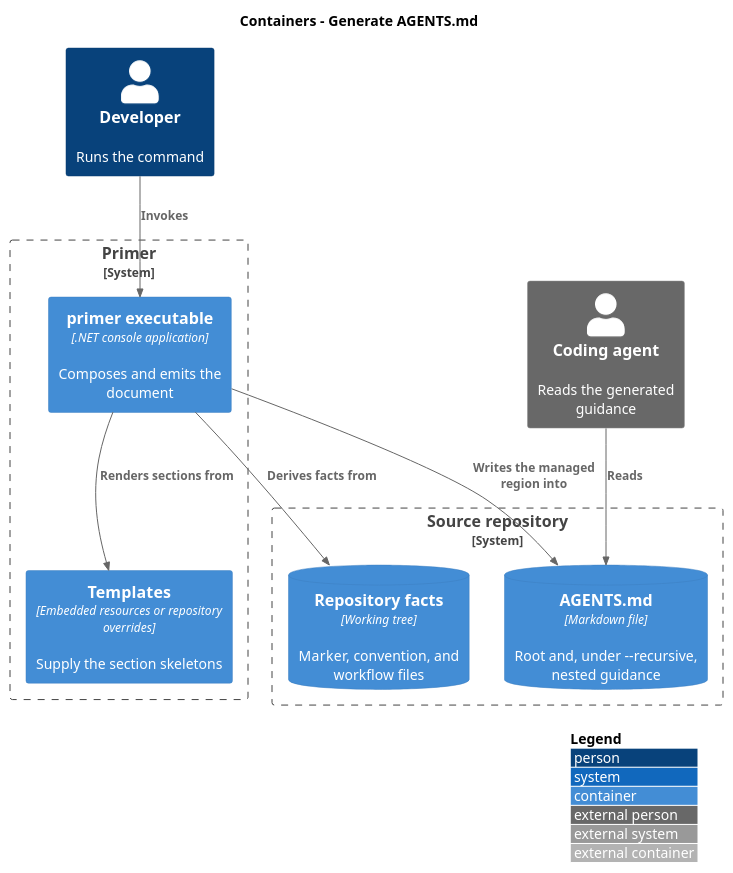
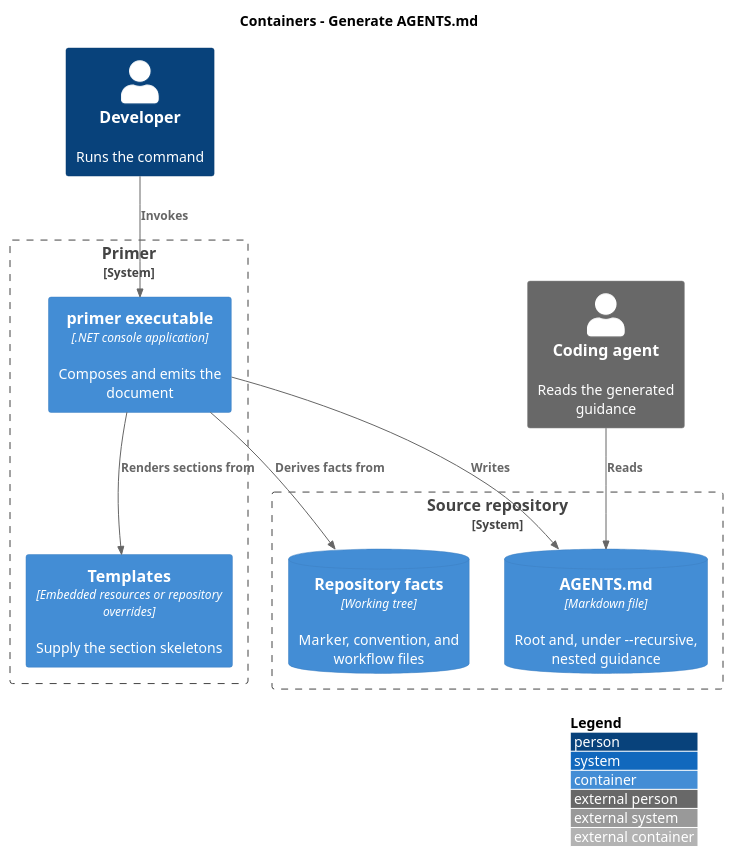
The diagram in docs/detailed-designs/agent-file-generation/generate-agents-md/diagrams/c4-container.puml (QuinntyneBrown/primer), drawn with PlantUML before and after one commit. The commit also changed 53 other files, not shown here.

```diff
--- a/docs/detailed-designs/agent-file-generation/generate-agents-md/diagrams/c4-container.puml
+++ b/docs/detailed-designs/agent-file-generation/generate-agents-md/diagrams/c4-container.puml
@@ -1,24 +1,24 @@
 @startuml
 !include <C4/C4_Container>
 LAYOUT_WITH_LEGEND()
 title Containers - Generate AGENTS.md
 
 Person(dev, "Developer", "Runs the command")
 Person_Ext(agent, "Coding agent", "Reads the generated guidance")
 
 System_Boundary(primer, "Primer") {
   Container(exe, "primer executable", ".NET console application", "Composes and emits the document")
   Container(templates, "Templates", "Embedded resources or repository overrides", "Supply the section skeletons")
 }
 
 System_Boundary(repo, "Source repository") {
   ContainerDb(context, "Repository facts", "Working tree", "Marker, convention, and workflow files")
   ContainerDb(agentsmd, "AGENTS.md", "Markdown file", "Root and, under --recursive, nested guidance")
 }
 
 Rel(dev, exe, "Invokes")
 Rel(exe, context, "Derives facts from")
 Rel(exe, templates, "Renders sections from")
-Rel(exe, agentsmd, "Writes the managed region into")
+Rel(exe, agentsmd, "Writes")
 Rel(agent, agentsmd, "Reads")
 @enduml
```
